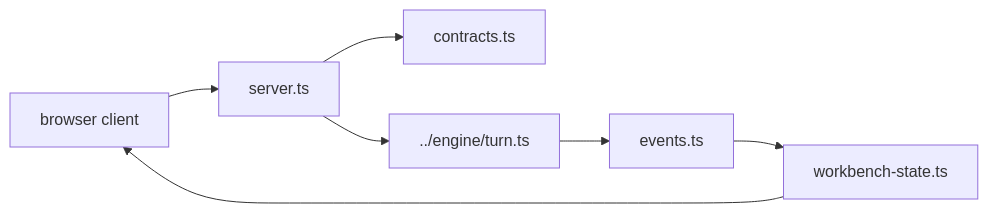
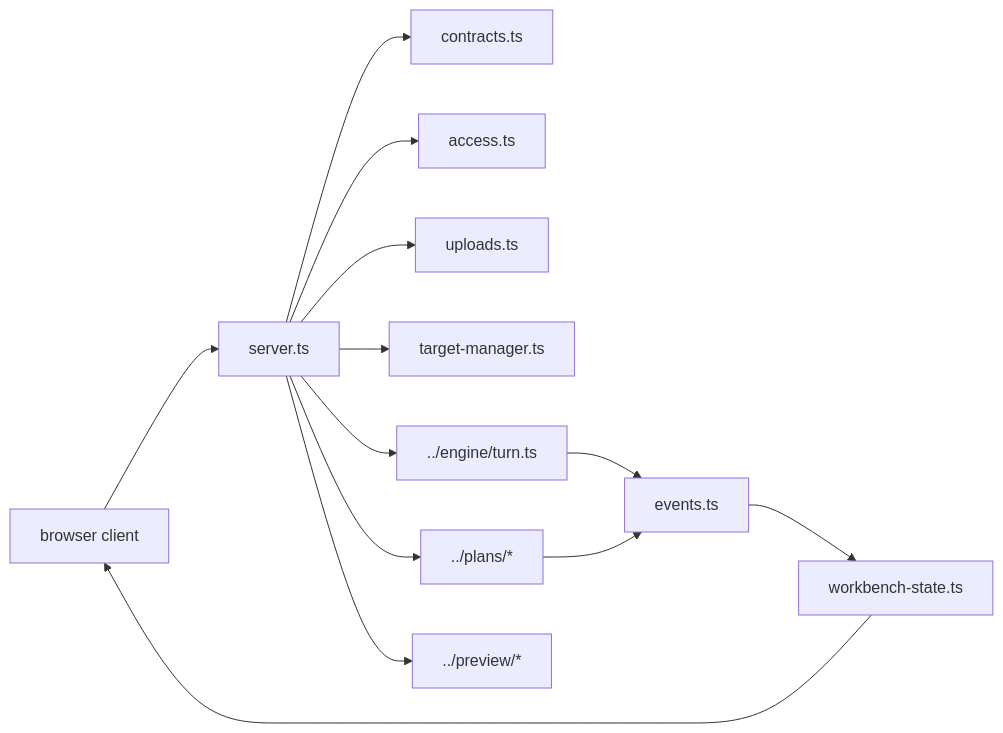
One commit to thisisyoussef/shipyard changed the diagram in shipyard/src/ui/README.md. Above: the diagram before and after it, drawn with Mermaid. The commit also changed other lines of this file and 21 other files, not shown here.

First line of the commit message:
docs: refresh runtime architecture guides

````diff
--- a/shipyard/src/ui/README.md
+++ b/shipyard/src/ui/README.md
@@ -29,16 +37,27 @@
 ```mermaid
 flowchart LR
   Browser["browser client"]
   Server["server.ts"]
   Contracts["contracts.ts"]
   Events["events.ts"]
   State["workbench-state.ts"]
+  Access["access.ts"]
+  Uploads["uploads.ts"]
+  TargetMgr["target-manager.ts"]
   Turn["../engine/turn.ts"]
+  Plans["../plans/*"]
+  Preview["../preview/*"]
 
   Browser --> Server
   Server --> Contracts
+  Server --> Access
+  Server --> Uploads
+  Server --> TargetMgr
   Server --> Turn
+  Server --> Plans
+  Server --> Preview
   Turn --> Events
+  Plans --> Events
   Events --> State
   State --> Browser
 ```
````
